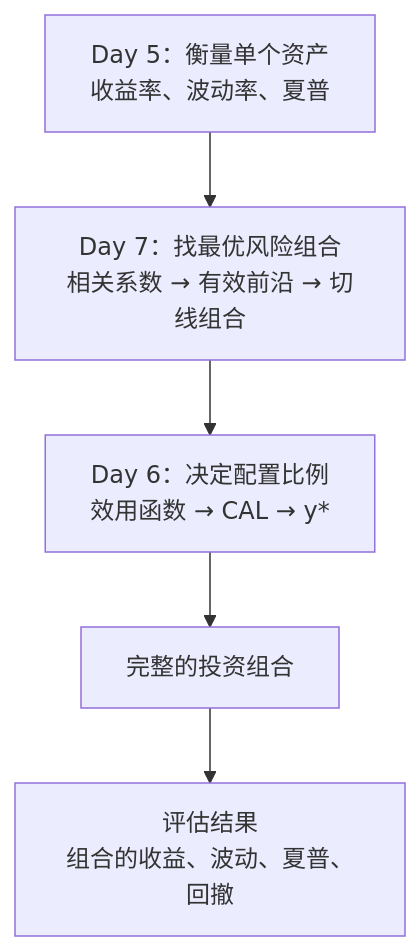
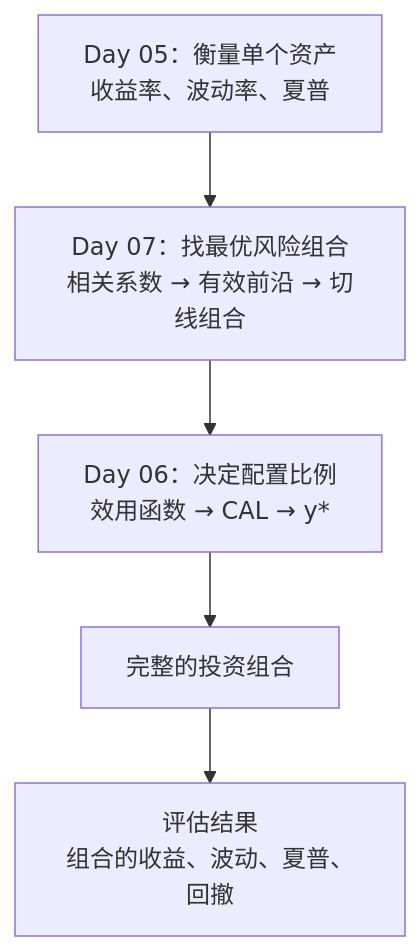
The fourth of 4 diagrams in 金融基础/讲义/Day07-最优组合与有效前沿.md (cxmokai/factor-investing-study), drawn with Mermaid before and after one commit. The commit also changed other lines of this file and 16 other files, not shown here.

````diff
--- a/金融基础/讲义/Day07-最优组合与有效前沿.md
+++ b/金融基础/讲义/Day07-最优组合与有效前沿.md
@@ -416,7 +416,7 @@
 ```mermaid
 graph TD
-    A["Day 5：衡量单个资产<br>收益率、波动率、夏普"] --> B["Day 7：找最优风险组合<br>相关系数 → 有效前沿 → 切线组合"]
-    B --> C["Day 6：决定配置比例<br>效用函数 → CAL → y*"]
+    A["Day 05：衡量单个资产<br>收益率、波动率、夏普"] --> B["Day 07：找最优风险组合<br>相关系数 → 有效前沿 → 切线组合"]
+    B --> C["Day 06：决定配置比例<br>效用函数 → CAL → y*"]
     C --> D["完整的投资组合"]
     D --> E["评估结果<br>组合的收益、波动、夏普、回撤"]
 ```
````
